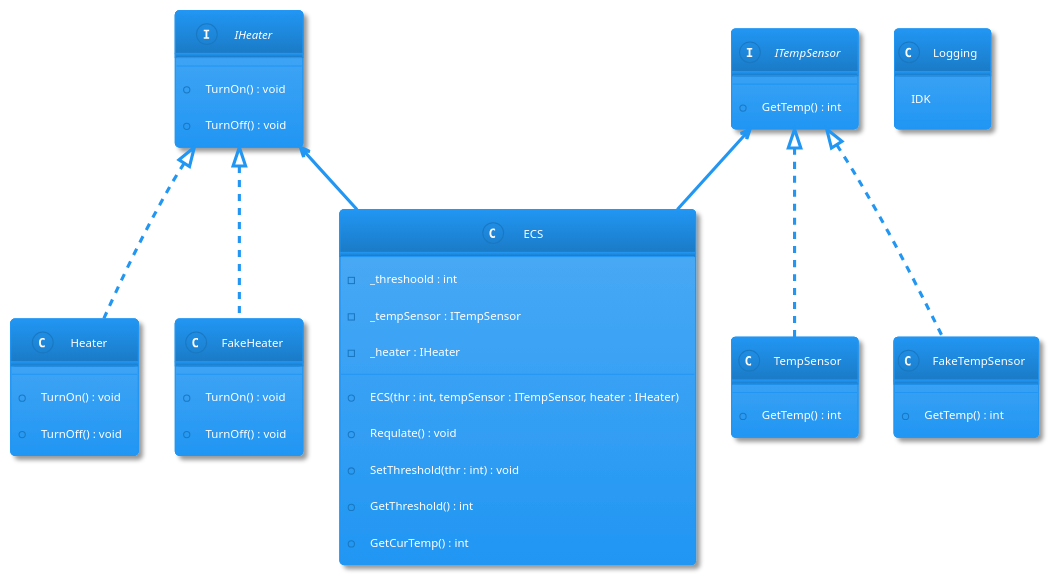
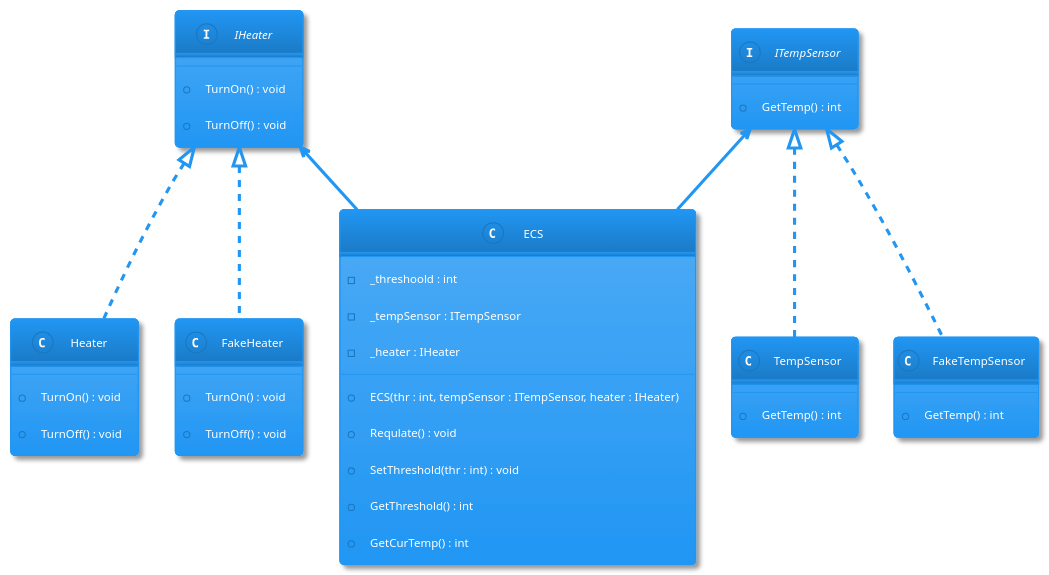
The diagram in UML/UML_1.puml (BjarkeKarlsen/SWT_Exercises), drawn with PlantUML before and after one commit. The commit also changed 1 other file, not shown here.

```diff
--- a/UML/UML_1.puml
+++ b/UML/UML_1.puml
@@ -1,62 +1,58 @@
 @startuml
 !theme materia
 
 
 
 
 class ECS {
     - _threshoold : int
     - _tempSensor : ITempSensor
     - _heater : IHeater
     + ECS(thr : int, tempSensor : ITempSensor, heater : IHeater)
     + Requlate() : void
     + SetThreshold(thr : int) : void
     + GetThreshold() : int
     + GetCurTemp() : int
 }
 
 
 class Heater{
     + TurnOn() : void
     + TurnOff() : void
 }
 
 
 class TempSensor {
     + GetTemp() : int
 }
 
 class FakeHeater{
     + TurnOn() : void
     + TurnOff() : void
 }
 
 
 class FakeTempSensor {
     + GetTemp() : int
 }
 
 
 Interface IHeater {
     + TurnOn() : void
     + TurnOff() : void
 }
 
 Interface ITempSensor {
     + GetTemp() : int
 }
 
-class Logging {
-    IDK
-}
-
 
 
 ITempSensor <-- ECS
 IHeater <-- ECS
 ITempSensor <|..TempSensor
 IHeater <|.. Heater
 ITempSensor <|..FakeTempSensor
 IHeater <|.. FakeHeater
 
 @enduml
```
